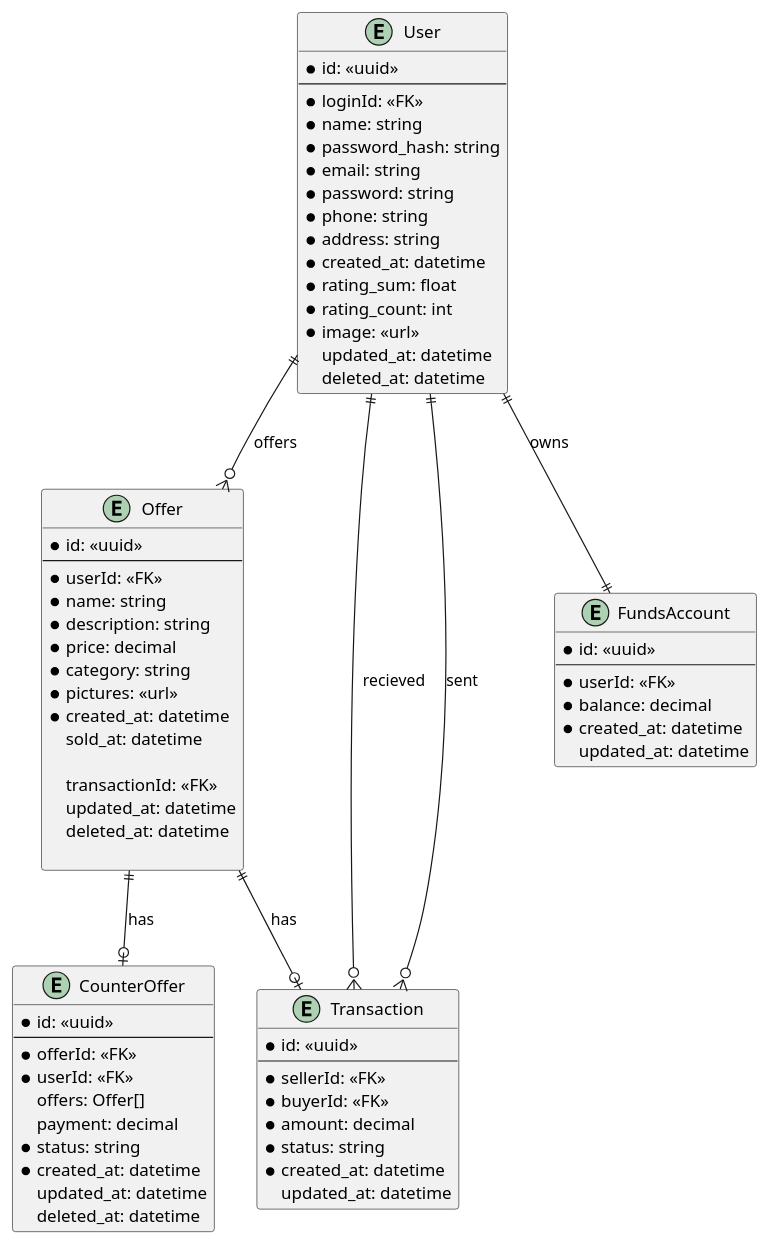
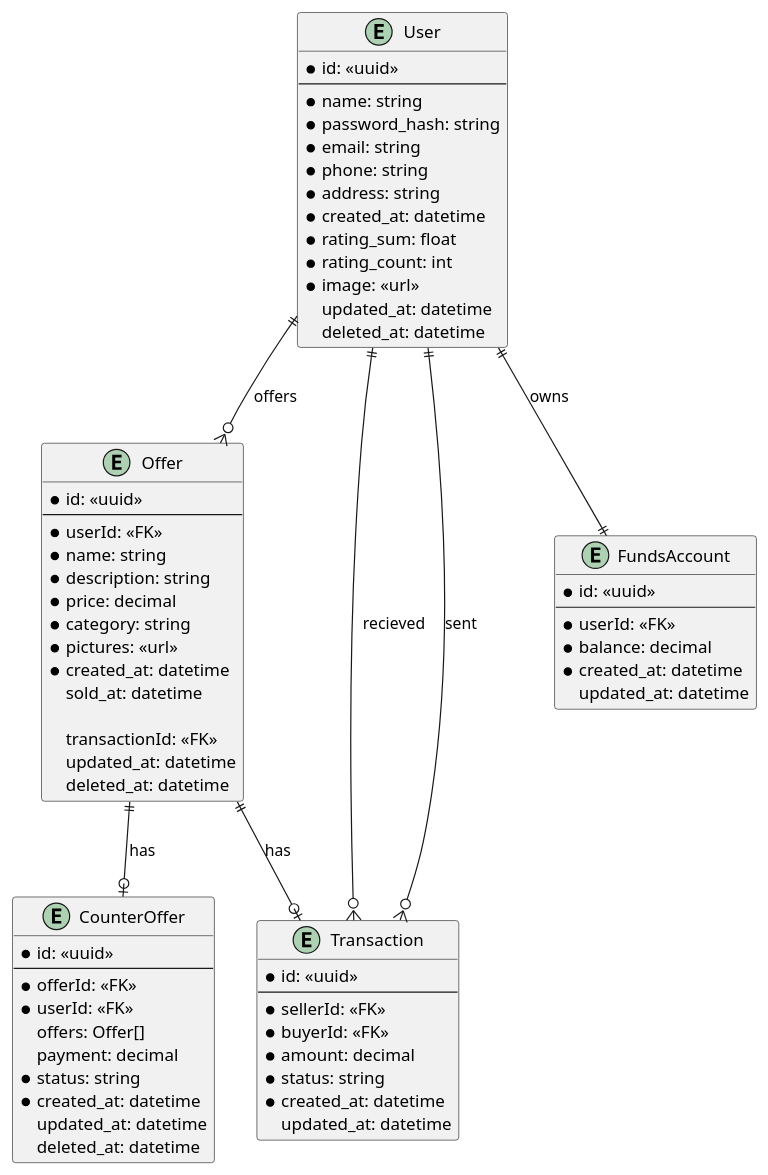
The diagram in SWING/diagrams/erd.puml (Jarda236/p2p-marketplace), drawn with PlantUML before and after one commit.

Commit message:
fix: minor fix

```diff
--- a/SWING/diagrams/erd.puml
+++ b/SWING/diagrams/erd.puml
@@ -1,81 +1,78 @@
 @startuml P2P Marketplace
 
 entity Offer {
     * id: <<uuid>>
     --
     * userId: <<FK>>
     * name: string
     * description: string
     * price: decimal
     * category: string
     * pictures: <<url>>
     * created_at: datetime
     sold_at: datetime
 
     transactionId: <<FK>>
     updated_at: datetime
     deleted_at: datetime
-
 }
 
 entity User {
     * id: <<uuid>>
     --
-    * loginId: <<FK>>
     * name: string
     * password_hash: string
     * email: string
-    * password: string
     * phone: string
     * address: string
     * created_at: datetime
     *rating_sum: float
     *rating_count: int
     *image: <<url>>
 /'    freshest token + valid_until ?? '/
     updated_at: datetime
     deleted_at: datetime
 }
 
 entity Transaction {
     * id: <<uuid>>
     --
     * sellerId: <<FK>>
     * buyerId: <<FK>>
     * amount: decimal
     * status: string
     * created_at: datetime
     updated_at: datetime
 }
 
 entity FundsAccount {
     * id: <<uuid>>
     --
     * userId: <<FK>>
     * balance: decimal
 /'    * currency: string '/
     * created_at: datetime
     updated_at: datetime
 }
 
 entity CounterOffer {
     *id: <<uuid>>
     --
     *offerId: <<FK>>
     *userId: <<FK>>
     offers: Offer[]
     payment: decimal
     *status: string
     *created_at: datetime
     updated_at: datetime
     deleted_at: datetime
 }
 
 User ||--o{ Offer : offers  
 User ||--o{ Transaction : recieved
 User ||--o{ Transaction : sent
 Offer ||--o| Transaction : has
 User ||--|| FundsAccount : owns
 Offer ||--o| CounterOffer : has
 
 @enduml
```
